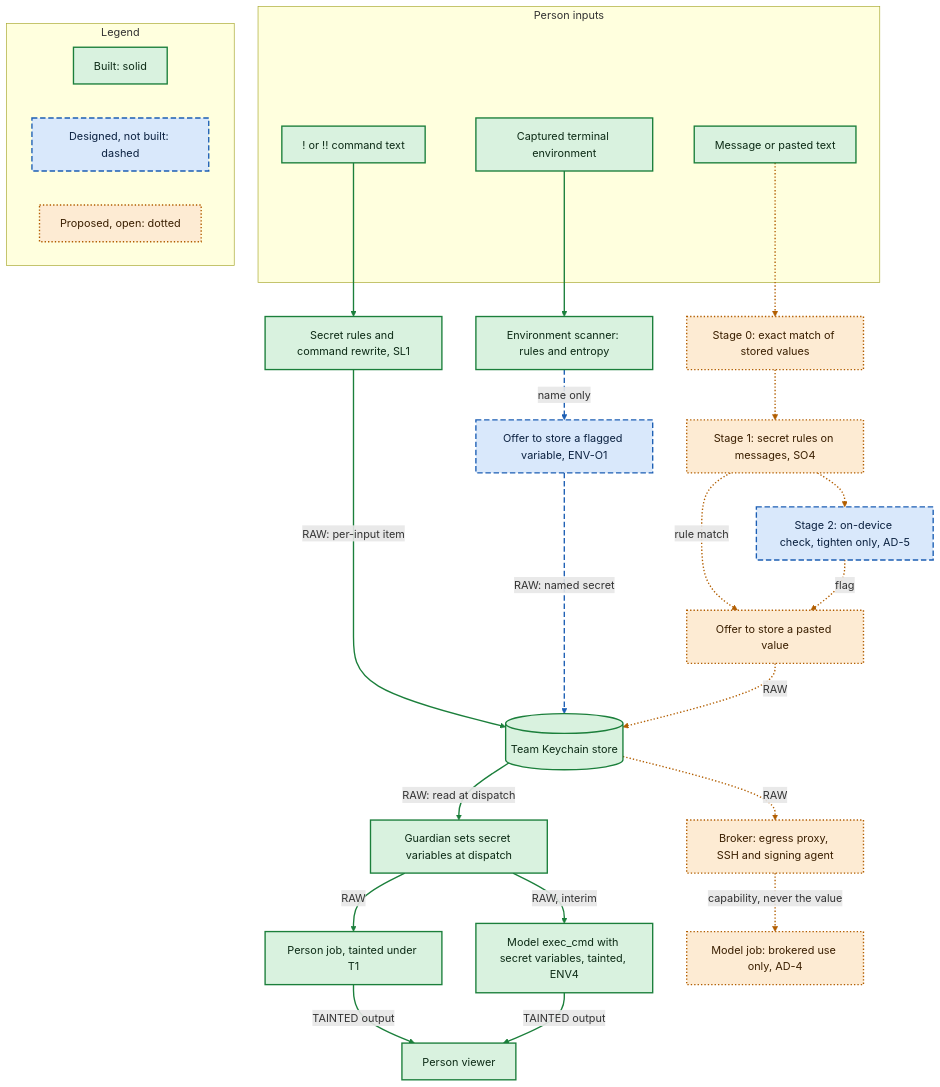
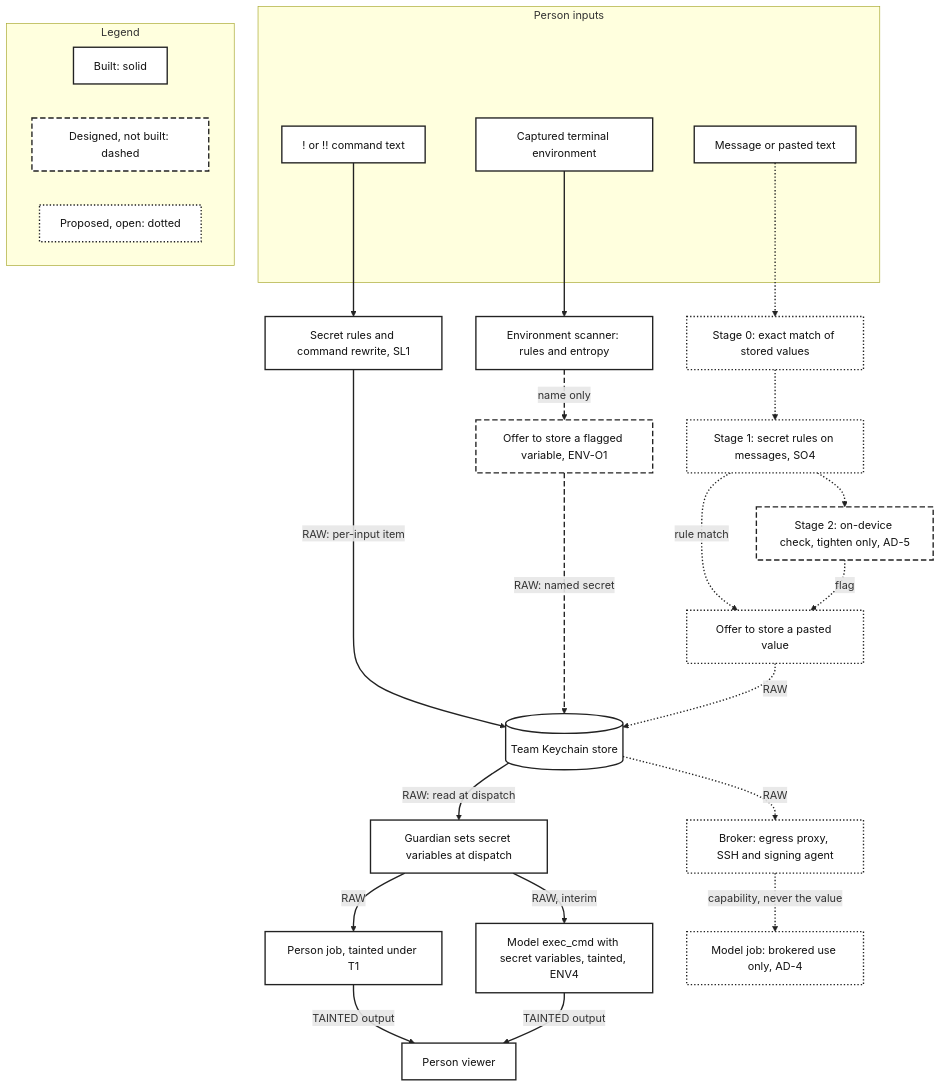
Before and after one commit to pidster/asura: the seventh of 7 diagrams in docs/designs/architecture-overview.md, drawn with Mermaid. The commit also changed other lines of this file, not shown here.

First line of the commit message:
Draw the overview diagrams in line styles only, without colour

````diff
--- a/docs/designs/architecture-overview.md
+++ b/docs/designs/architecture-overview.md
@@ -495,52 +494,52 @@
 ```mermaid
 flowchart TB
     subgraph Inputs["Person inputs"]
         Paste["Message or pasted text"]:::built
         Cmd["! or !! command text"]:::built
         Env["Captured terminal environment"]:::built
     end
     S0["Stage 0: exact match of stored values"]:::proposed
     S1["Stage 1: secret rules on messages, SO4"]:::proposed
     S2["Stage 2: on-device check, tighten only, AD-5"]:::designed
     OfferP["Offer to store a pasted value"]:::proposed
     RW["Secret rules and command rewrite, SL1"]:::built
     EScan["Environment scanner: rules and entropy"]:::built
     OfferE["Offer to store a flagged variable, ENV-O1"]:::designed
     Store[("Team Keychain store")]:::built
     Disp["Guardian sets secret variables at dispatch"]:::built
     PJob["Person job, tainted under T1"]:::built
     MRaw["Model exec_cmd with secret variables, tainted, ENV4"]:::built
     Viewer["Person viewer"]:::built
     Brk["Broker: egress proxy, SSH and signing agent"]:::proposed
     MJob["Model job: brokered use only, AD-4"]:::proposed
     Cmd --> RW
     RW -->|"RAW: per-input item"| Store
     Env --> EScan
     Store -->|"RAW: read at dispatch"| Disp
     Disp -->|"RAW"| PJob
     Disp -->|"RAW, interim"| MRaw
     PJob -->|"TAINTED output"| Viewer
     MRaw -->|"TAINTED output"| Viewer
     EScan -->|"name only"| OfferE
     OfferE -->|"RAW: named secret"| Store
     Paste --> S0
     S0 --> S1
     S1 --> S2
     S1 -->|"rule match"| OfferP
     S2 -->|"flag"| OfferP
     OfferP -->|"RAW"| Store
     Store -->|"RAW"| Brk
     Brk -->|"capability, never the value"| MJob
     subgraph Legend["Legend"]
         direction LR
         LB["Built: solid"]:::built
         LD["Designed, not built: dashed"]:::designed
         LP["Proposed, open: dotted"]:::proposed
     end
-    classDef built fill:#d9f2df,stroke:#1b7f3b,stroke-width:2px,color:#0d2b16
-    classDef designed fill:#d9e8fb,stroke:#1d5fb4,stroke-width:2px,stroke-dasharray:8 4,color:#0b2140
-    classDef proposed fill:#fdebd3,stroke:#b25e00,stroke-width:2px,stroke-dasharray:2 3,color:#3a1f00
-    linkStyle 0,1,2,3,4,5,6,7 stroke:#1b7f3b,stroke-width:2px
-    linkStyle 8,9 stroke:#1d5fb4,stroke-width:2px,stroke-dasharray:8 4
-    linkStyle 10,11,12,13,14,15,16,17 stroke:#b25e00,stroke-width:2px,stroke-dasharray:2 3
+    classDef built fill:#ffffff,stroke:#222222,stroke-width:2px,color:#111111
+    classDef designed fill:#ffffff,stroke:#222222,stroke-width:2px,stroke-dasharray:8 4,color:#111111
+    classDef proposed fill:#ffffff,stroke:#222222,stroke-width:2px,stroke-dasharray:2 3,color:#111111
+    linkStyle 0,1,2,3,4,5,6,7 stroke:#222222,stroke-width:2px
+    linkStyle 8,9 stroke:#222222,stroke-width:2px,stroke-dasharray:8 4
+    linkStyle 10,11,12,13,14,15,16,17 stroke:#222222,stroke-width:2px,stroke-dasharray:2 3
 ```
````
